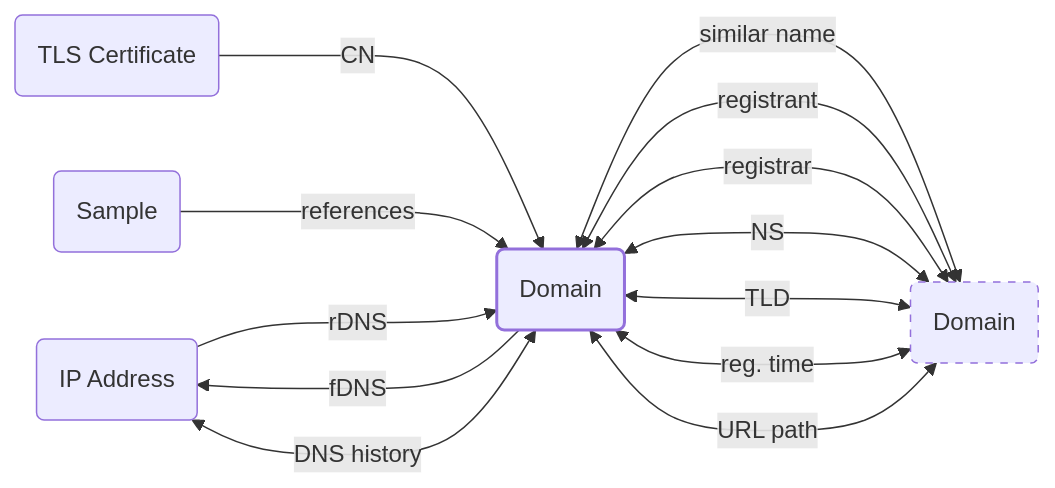
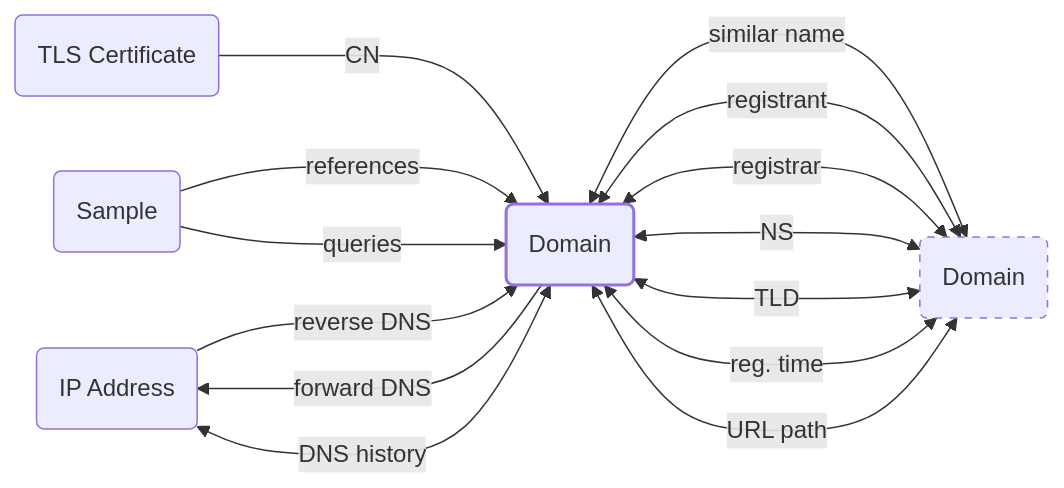
One commit to korniko98/pivot-atlas changed the diagram in docs/index.md. Above: the diagram before and after it, drawn with Mermaid.

Commit message:
update domain map on main page

````diff
--- a/docs/index.md
+++ b/docs/index.md
@@ -39,32 +39,33 @@
 	```mermaid
 	flowchart LR
 		classDef primary stroke-width: 2px
 		classDef secondary stroke-dasharray: 5 5
 		
 		%% define nodes
 		IP_ADDRESS(IP Address)
 		DOMAIN(Domain):::primary
 		DOMAIN_(Domain):::secondary
 		TLS_CERT(TLS Certificate)
 		SAMPLE(Sample)
 		
 		%% define edges
-		DOMAIN -- fDNS --> IP_ADDRESS
-		IP_ADDRESS -- rDNS ---> DOMAIN
+		DOMAIN -- forward DNS --> IP_ADDRESS
+		IP_ADDRESS -- reverse DNS ---> DOMAIN
 		DOMAIN <-- DNS history --> IP_ADDRESS
 		TLS_CERT -- CN ---> DOMAIN
 		DOMAIN <-- similar name ---> DOMAIN_
 		DOMAIN <-- registrant ---> DOMAIN_
 		DOMAIN <-- registrar --> DOMAIN_
 		DOMAIN <-- NS --> DOMAIN_
 		DOMAIN <-- TLD --> DOMAIN_
 		DOMAIN <-- reg. time --> DOMAIN_
 		DOMAIN <-- URL path --> DOMAIN_
 		SAMPLE -- references ---> DOMAIN
+		SAMPLE -- queries --> DOMAIN
 		
 		%% define links
 		click TLS_CERT "/artifacts/tls-certificate"
 		click IP_ADDRESS "/artifacts/ip-address"
 		click DOMAIN "/artifacts/domain"
 		click SAMPLE "/artifacts/sample"
 	```
````
